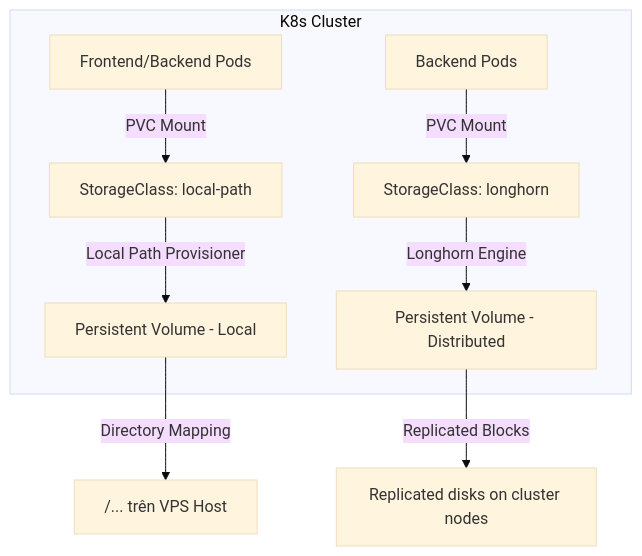
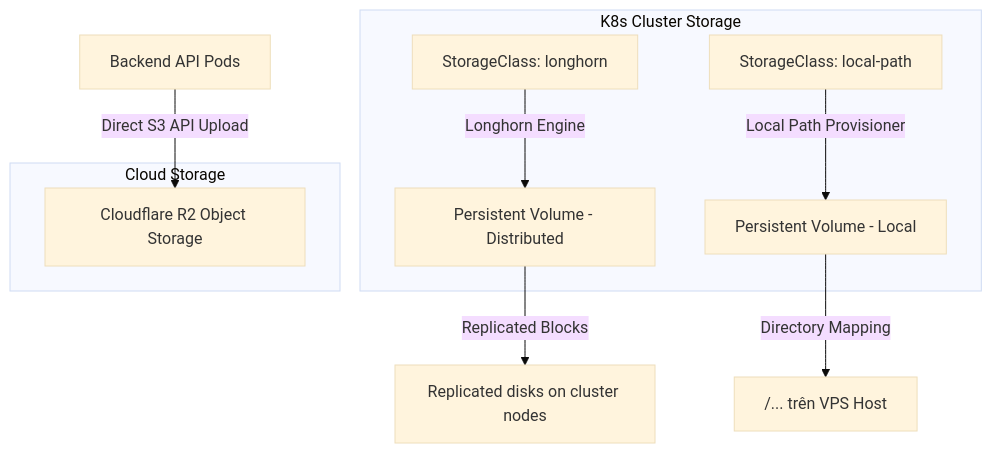
One commit to luudinhmac/myweb-profile-blog changed the third of 3 diagrams in docs/architecture/system-architecture.md. Above: the diagram before and after it, drawn with Mermaid (base theme). The commit also changed other lines of this file, not shown here.

Commit message:
docs(architecture): specify Cloudflare R2 storage for avatar and post cover uploads

````diff
--- a/docs/architecture/system-architecture.md
+++ b/docs/architecture/system-architecture.md
@@ -64,11 +64,15 @@
 ```mermaid
 graph TD
-    subgraph K8s Cluster
-        FE_Pod[Frontend/Backend Pods] -->|PVC Mount| local_SC[StorageClass: local-path]
-        BE_Pod[Backend Pods] -->|PVC Mount| lh_SC[StorageClass: longhorn]
-        local_SC -->|Local Path Provisioner| PV_local[Persistent Volume - Local]
-        lh_SC -->|Longhorn Engine| PV_lh[Persistent Volume - Distributed]
+    subgraph K8s Cluster Storage
+        lh_SC[StorageClass: longhorn] -->|Longhorn Engine| PV_lh[Persistent Volume - Distributed]
+        local_SC[StorageClass: local-path] -->|Local Path Provisioner| PV_local[Persistent Volume - Local]
     end
+    subgraph Cloud Storage
+        R2[Cloudflare R2 Object Storage]
+    end
+    
     PV_local -->|Directory Mapping| HostDisk[<host_storage_path>/... trên VPS Host]
     PV_lh -->|Replicated Blocks| Disk[Replicated disks on cluster nodes]
+    
+    FE_Uploads[Backend API Pods] -->|Direct S3 API Upload| R2
 ```
````
